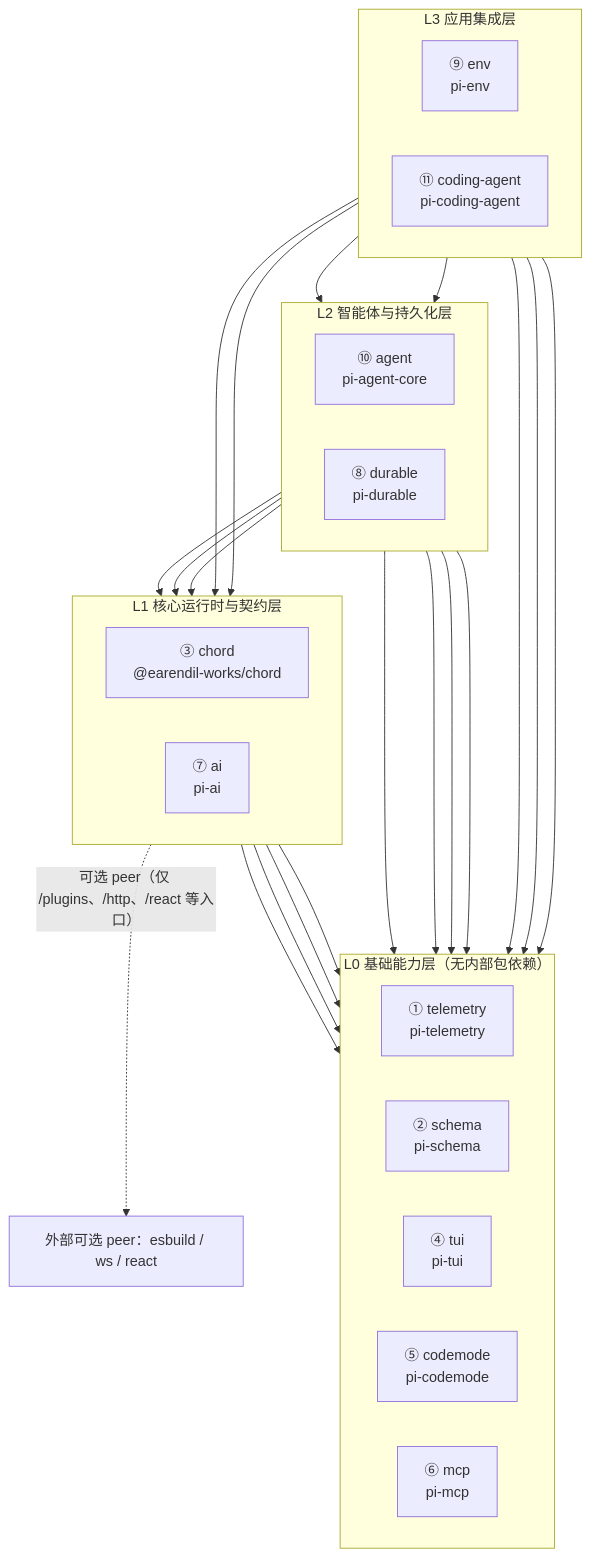
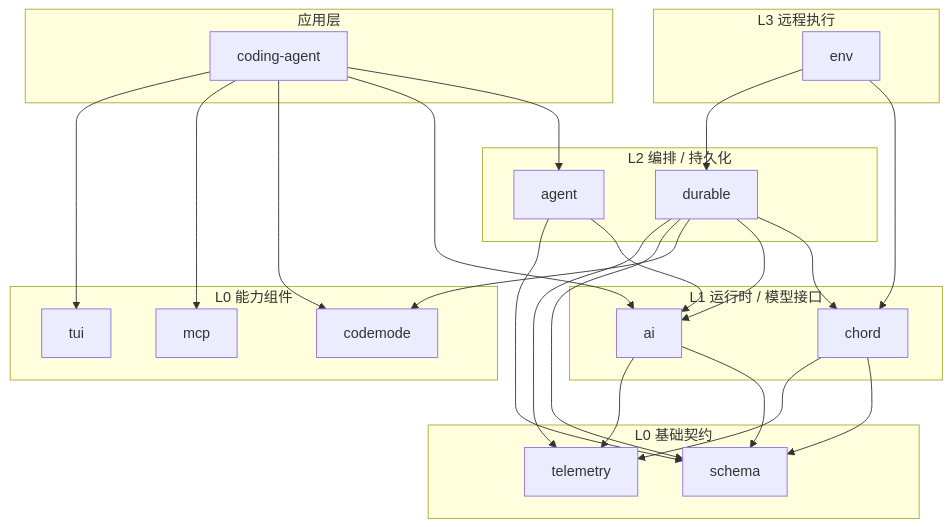
Before and after one commit to R4NZH0U/pi-agent-practice: the diagram in practice-2/README.md, drawn with Mermaid. The commit also changed other lines of this file, not shown here.

````diff
--- a/practice-2/README.md
+++ b/practice-2/README.md
@@ -274,51 +99,55 @@
 ```mermaid
 flowchart TB
-  subgraph L0["L0 基础能力层（无内部包依赖）"]
-    direction LR
-    telemetry["① telemetry<br/>pi-telemetry"]
-    schema["② schema<br/>pi-schema"]
-    tui["④ tui<br/>pi-tui"]
-    codemode["⑤ codemode<br/>pi-codemode"]
-    mcp["⑥ mcp<br/>pi-mcp"]
-  end
+    subgraph APP["应用层"]
+        coding["coding-agent"]
+    end
 
-  subgraph L1["L1 核心运行时与契约层"]
-    direction LR
-    chord["③ chord<br/>@earendil-works/chord"]
-    ai["⑦ ai<br/>pi-ai"]
-  end
+    subgraph L3["L3 远程执行"]
+        env["env"]
+    end
 
-  subgraph L2["L2 智能体与持久化层"]
-    direction LR
-    agent["⑩ agent<br/>pi-agent-core"]
-    durable["⑧ durable<br/>pi-durable"]
-  end
+    subgraph L2["L2 编排 / 持久化"]
+        durable["durable"]
+        agent["agent"]
+    end
 
-  subgraph L3["L3 应用集成层"]
-    direction LR
-    env["⑨ env<br/>pi-env"]
-    codingAgent["⑪ coding-agent<br/>pi-coding-agent"]
-  end
+    subgraph L1["L1 运行时 / 模型接口"]
+        chord["chord"]
+        ai["ai"]
+    end
 
-  chord --> schema
-  chord --> telemetry
-  ai --> schema
-  ai --> telemetry
-  agent --> ai
-  agent --> schema
-  durable --> chord
-  durable --> ai
-  durable --> codemode
-  durable --> schema
-  durable --> telemetry
-  env --> chord
-  env --> durable
-  codingAgent --> agent
-  codingAgent --> ai
-  codingAgent --> codemode
-  codingAgent --> mcp
-  codingAgent --> tui
+    subgraph L0C["L0 能力组件"]
+        tui["tui"]
+        codemode["codemode"]
+        mcp["mcp"]
+    end
 
-  peers["外部可选 peer：esbuild / ws / react"]
-  chord -. "可选 peer（仅 /plugins、/http、/react 等入口）" .-> peers
+    subgraph L0F["L0 基础契约"]
+        schema["schema"]
+        telemetry["telemetry"]
+    end
+
+    coding --> agent
+    coding --> ai
+    coding --> codemode
+    coding --> mcp
+    coding --> tui
+
+    env --> chord
+    env --> durable
+
+    agent --> ai
+    agent --> schema
+
+    durable --> chord
+    durable --> ai
+    durable --> codemode
+    durable --> schema
+    durable --> telemetry
+
+    chord --> schema
+    chord --> telemetry
+
+    ai --> schema
+    ai --> telemetry
 ```
````
